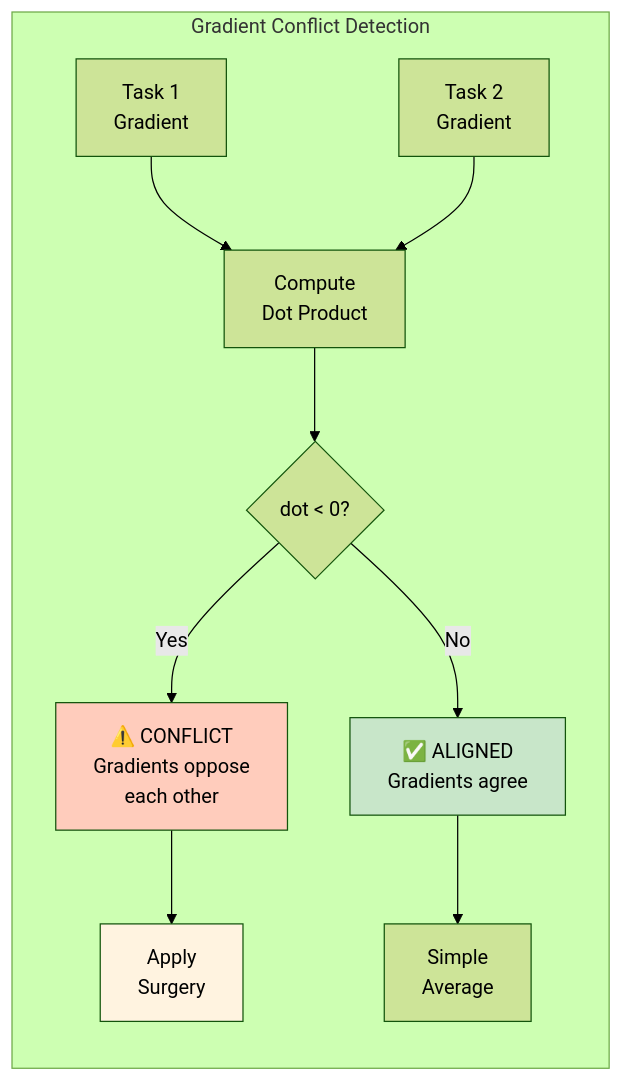
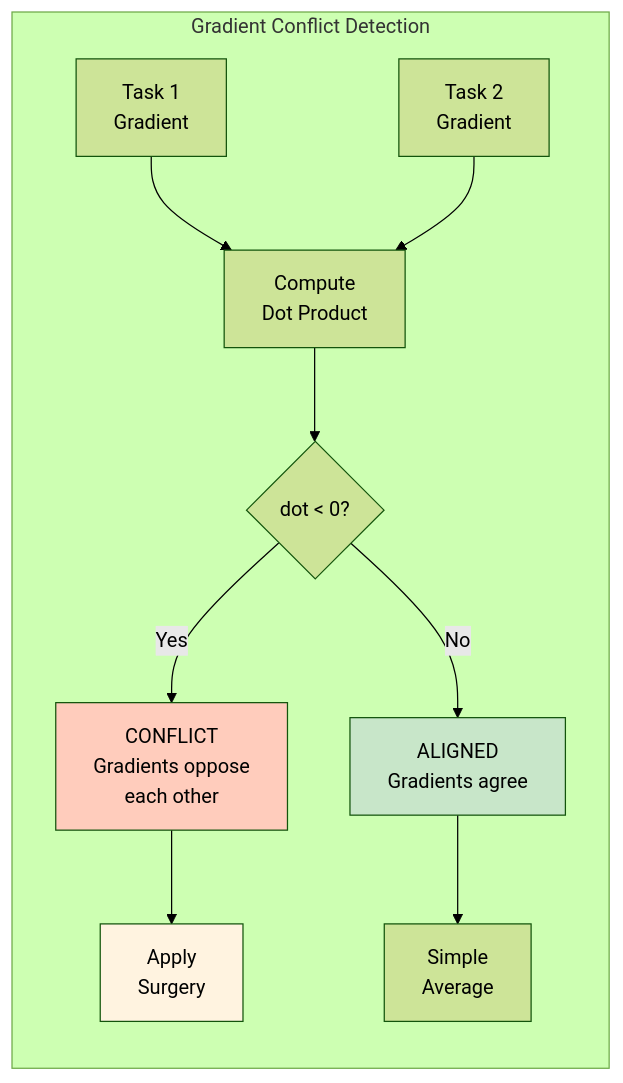
Before and after one commit to Pizzaman213/Ava_AI: diagram 17 of 25 in code/docs/05_OPTIMIZATION_GUIDE.md, drawn with Mermaid (forest theme). The commit also changed other lines of this file and 215 other files, not shown here.

````diff
--- a/code/docs/05_OPTIMIZATION_GUIDE.md
+++ b/code/docs/05_OPTIMIZATION_GUIDE.md
@@ -900,19 +900,19 @@
 ```mermaid
 graph LR
     subgraph "Gradient Conflict Detection"
         G1[Task 1<br/>Gradient] --> Dot[Compute<br/>Dot Product]
         G2[Task 2<br/>Gradient] --> Dot
 
         Dot --> Check{dot < 0?}
 
-        Check -->|Yes| Conflict[⚠️ CONFLICT<br/>Gradients oppose<br/>each other]
-        Check -->|No| Align[✅ ALIGNED<br/>Gradients agree]
+        Check -->|Yes| Conflict[ CONFLICT<br/>Gradients oppose<br/>each other]
+        Check -->|No| Align[ ALIGNED<br/>Gradients agree]
 
         Conflict --> Surgery[Apply<br/>Surgery]
         Align --> Average[Simple<br/>Average]
     end
 
     style Conflict fill:#ffccbc
     style Align fill:#c8e6c9
     style Surgery fill:#fff3e0
 ```
````
